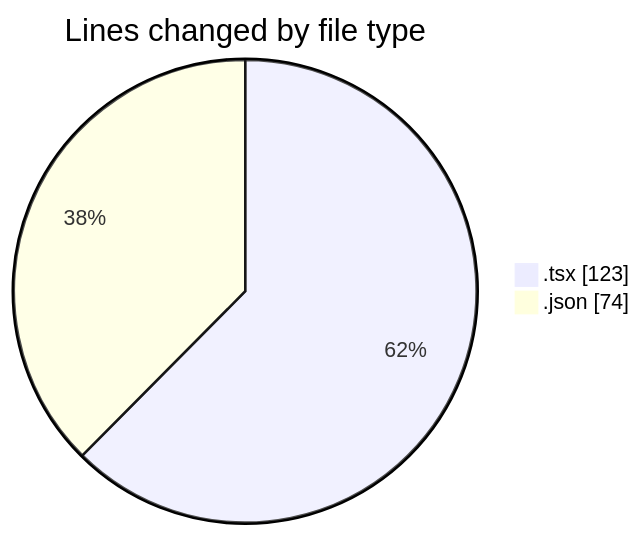
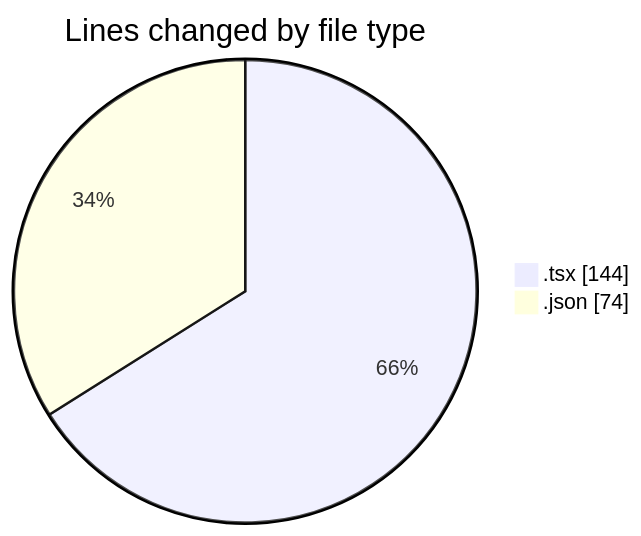
One commit to momahboobian/code-tracking changed the first of 2 diagrams in 2025-04-08/cda/README.md. Above: the diagram before and after it, drawn with Mermaid. The commit also changed other lines of this file and 1 other file, not shown here.

````diff
--- a/2025-04-08/cda/README.md
+++ b/2025-04-08/cda/README.md
@@ -21,6 +21,6 @@
 ```mermaid
 pie showData
 title Lines changed by file type
-".tsx" : 123
+".tsx" : 144
 ".json" : 74
 ```
````
